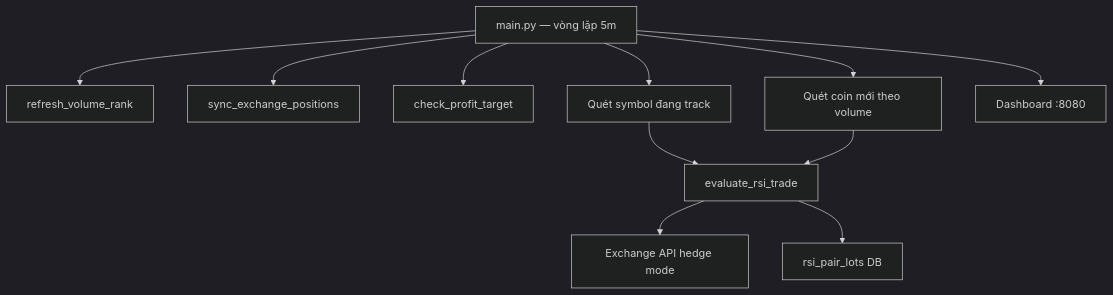
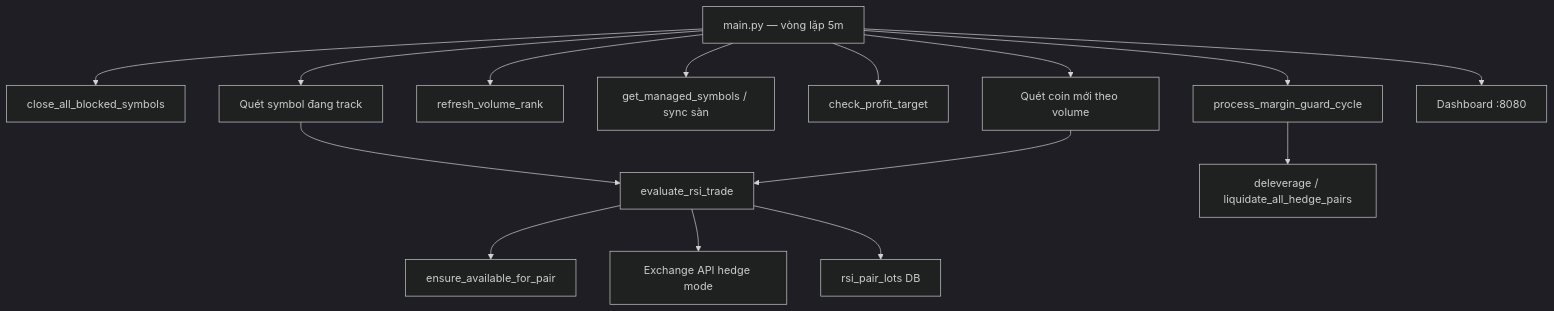
Before and after one commit to vnbees/ema-follow: the first of 2 diagrams in docs/BOT_LOGIC.md, drawn with Mermaid (dark theme). The commit also changed other lines of this file and 6 other files, not shown here.

````diff
--- a/docs/BOT_LOGIC.md
+++ b/docs/BOT_LOGIC.md
@@ -32,14 +35,18 @@
 ```mermaid
 flowchart TB
     main["main.py — vòng lặp 5m"]
+    main --> blocked["close_all_blocked_symbols"]
+    main --> mg["process_margin_guard_cycle"]
     main --> refresh["refresh_volume_rank"]
-    main --> sync_pos["sync_exchange_positions"]
+    main --> sync_pos["get_managed_symbols / sync sàn"]
     main --> profit_chk["check_profit_target"]
     main --> managed["Quét symbol đang track"]
     main --> scan["Quét coin mới theo volume"]
     managed --> eval["evaluate_rsi_trade"]
     scan --> eval
+    eval --> preflight["ensure_available_for_pair"]
     eval --> exchange["Exchange API hedge mode"]
     eval --> db["rsi_pair_lots DB"]
     main --> web["Dashboard :8080"]
+    mg --> delev["deleverage / liquidate_all_hedge_pairs"]
 ```
````
